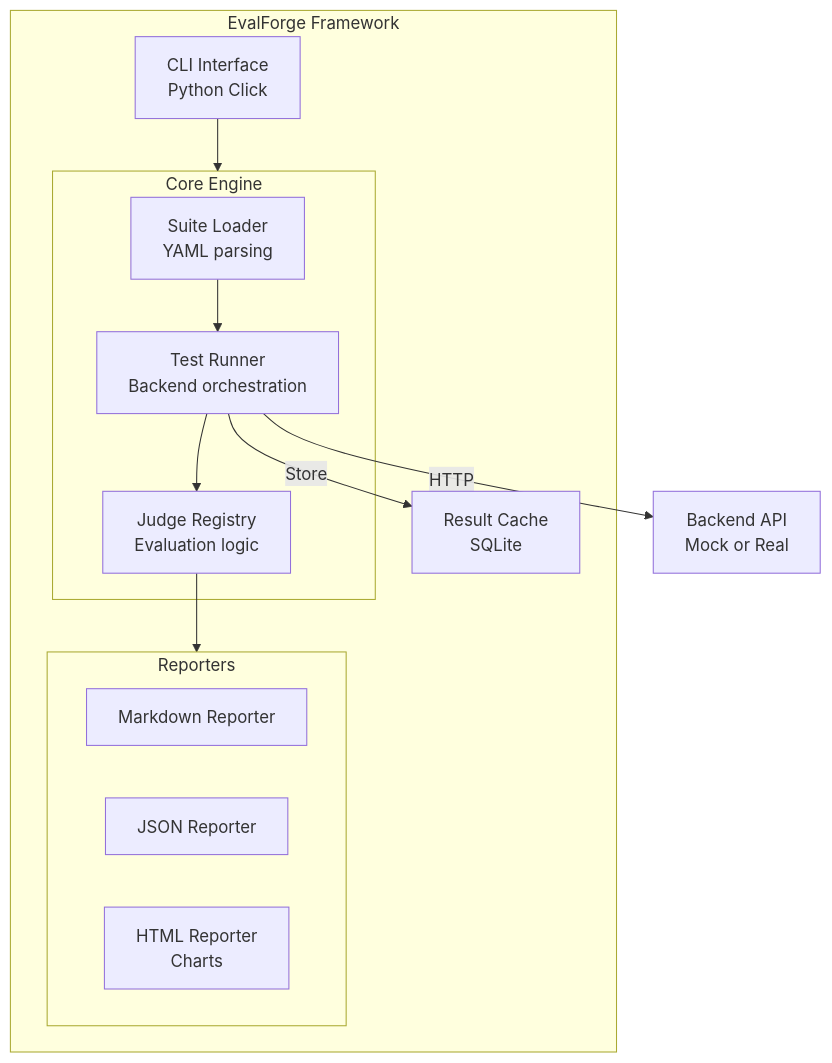
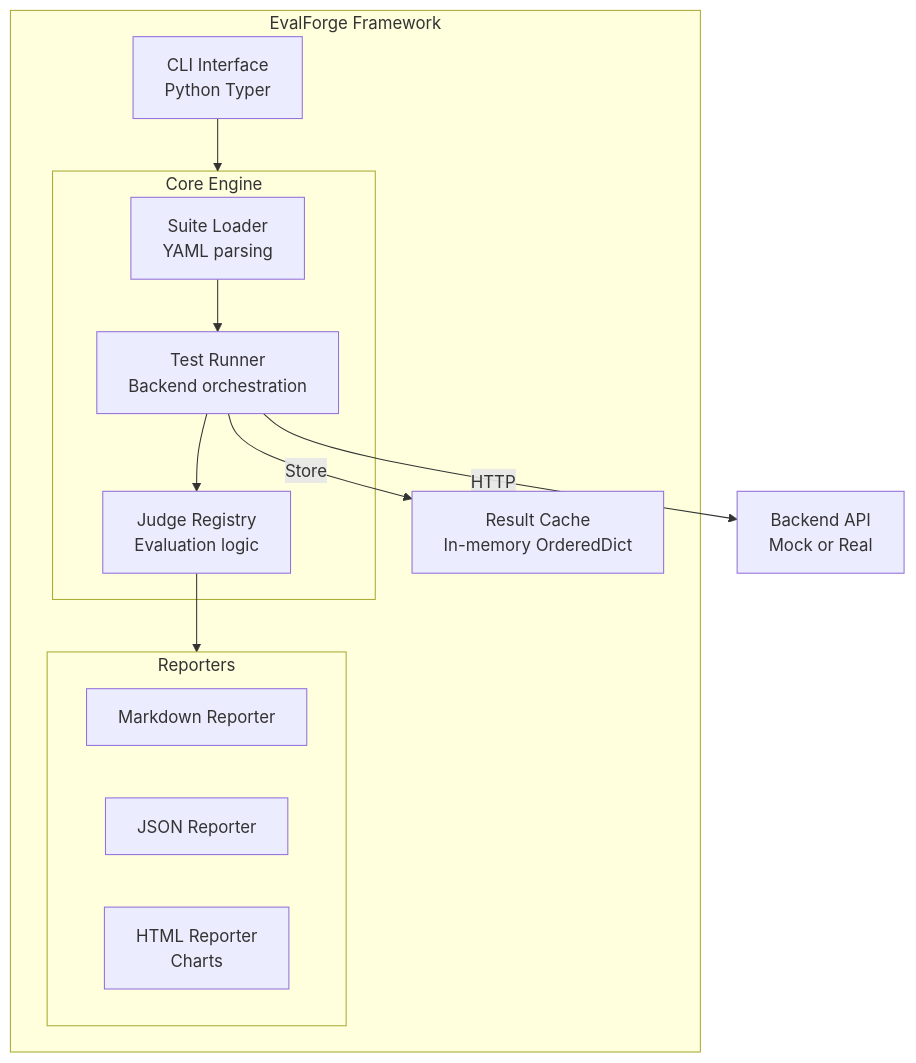
The second of 5 diagrams in docs/architecture/c4.md (FishRaposo/evalforge), drawn with Mermaid before and after one commit. The commit also changed other lines of this file and 21 other files, not shown here.

````diff
--- a/docs/architecture/c4.md
+++ b/docs/architecture/c4.md
@@ -20,29 +20,29 @@
 ```mermaid
 graph TB
     subgraph EvalForge[EvalForge Framework]
-        CLI[CLI Interface<br/>Python Click]
+        CLI[CLI Interface<br/>Python Typer]
 
         subgraph Core[Core Engine]
             Loader[Suite Loader<br/>YAML parsing]
             Runner[Test Runner<br/>Backend orchestration]
             Judges[Judge Registry<br/>Evaluation logic]
         end
 
         subgraph Reporters[Reporters]
             Markdown[Markdown Reporter]
             JSON[JSON Reporter]
             HTML[HTML Reporter<br/>Charts]
         end
 
-        Cache[Result Cache<br/>SQLite]
+        Cache[Result Cache<br/>In-memory OrderedDict]
     end
 
     Backend[Backend API<br/>Mock or Real]
 
     CLI --> Core
     Loader --> Runner
     Runner -->|HTTP| Backend
     Runner --> Judges
     Judges --> Reporters
     Runner -->|Store| Cache
 ```
````
